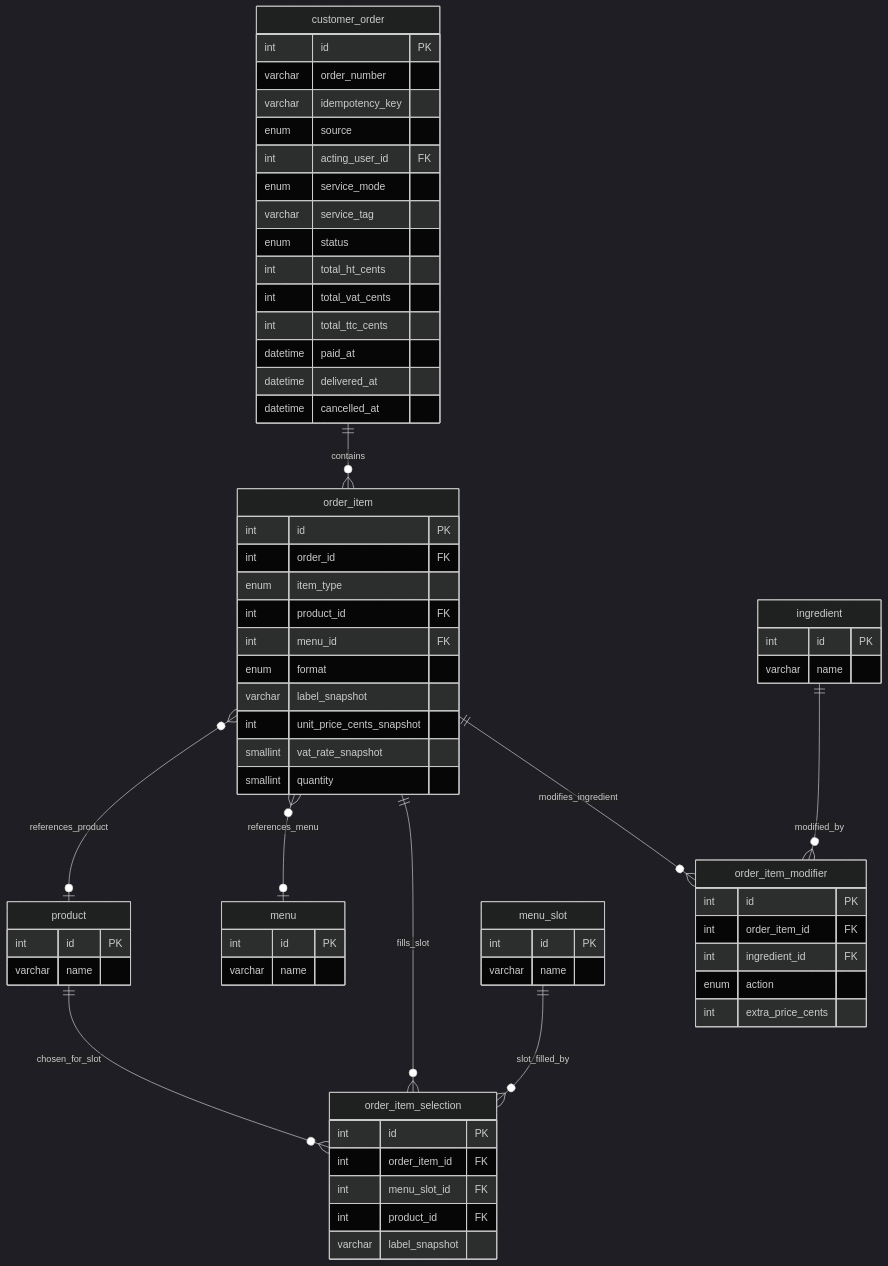
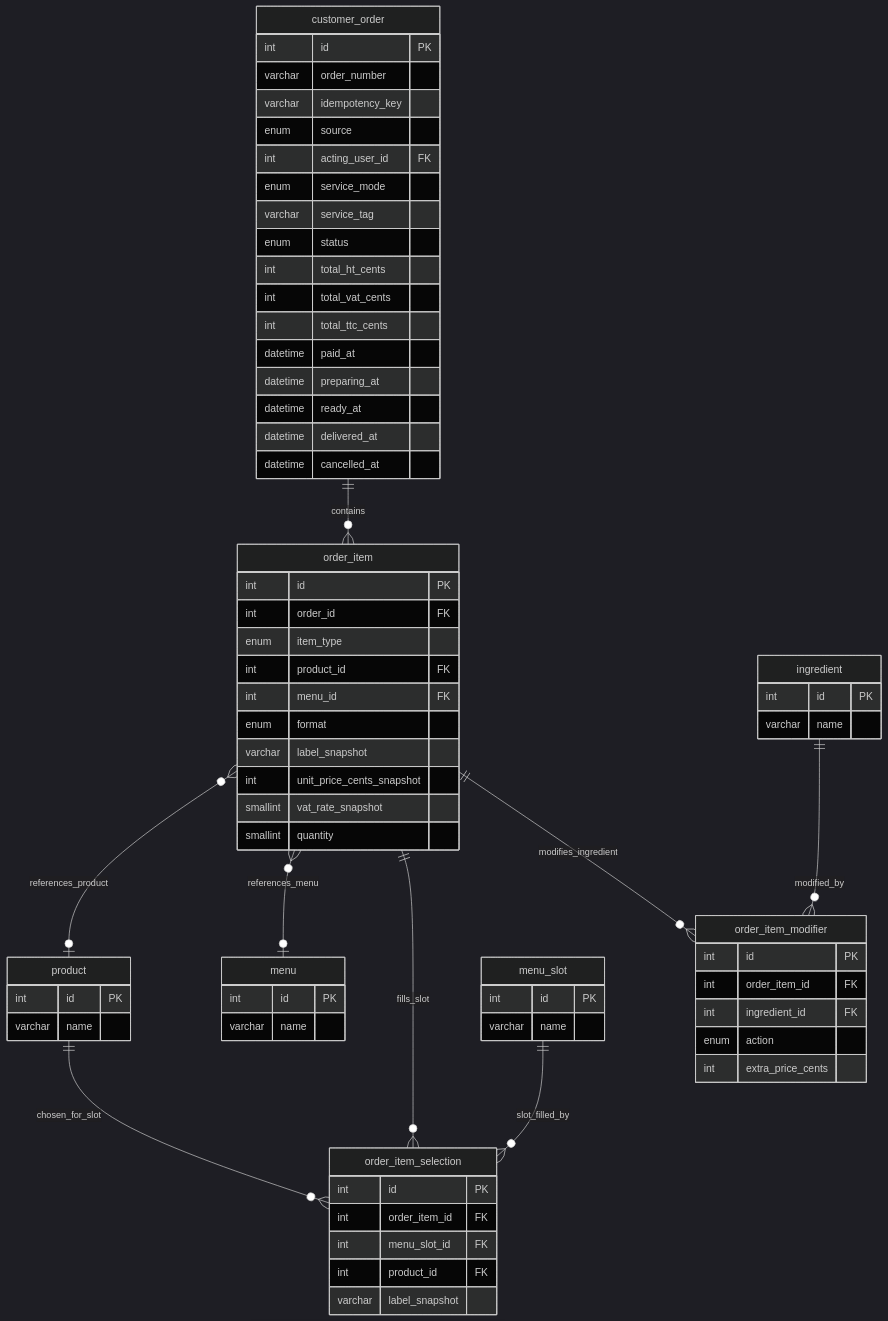
One commit to AcadeNice/wakdo_corentin changed the third of 4 diagrams in docs/merise/mcd.md. Above: the diagram before and after it, drawn with Mermaid (dark theme). The commit also changed other lines of this file and 7 other files, not shown here.

````diff
--- a/docs/merise/mcd.md
+++ b/docs/merise/mcd.md
@@ -285,70 +285,72 @@
 ```mermaid
 erDiagram
     customer_order {
         int id PK
         varchar order_number
         varchar idempotency_key
         enum source
         int acting_user_id FK
         enum service_mode
         varchar service_tag
         enum status
         int total_ht_cents
         int total_vat_cents
         int total_ttc_cents
         datetime paid_at
+        datetime preparing_at
+        datetime ready_at
         datetime delivered_at
         datetime cancelled_at
     }
     order_item {
         int id PK
         int order_id FK
         enum item_type
         int product_id FK
         int menu_id FK
         enum format
         varchar label_snapshot
         int unit_price_cents_snapshot
         smallint vat_rate_snapshot
         smallint quantity
     }
     order_item_selection {
         int id PK
         int order_item_id FK
         int menu_slot_id FK
         int product_id FK
         varchar label_snapshot
     }
     order_item_modifier {
         int id PK
         int order_item_id FK
         int ingredient_id FK
         enum action
         int extra_price_cents
     }
     product {
         int id PK
         varchar name
     }
     menu {
         int id PK
         varchar name
     }
     menu_slot {
         int id PK
         varchar name
     }
     ingredient {
         int id PK
         varchar name
     }
 
     customer_order ||--o{ order_item : "contains"
     order_item }o--o| product : "references_product"
     order_item }o--o| menu : "references_menu"
     order_item ||--o{ order_item_selection : "fills_slot"
     order_item ||--o{ order_item_modifier : "modifies_ingredient"
     menu_slot ||--o{ order_item_selection : "slot_filled_by"
     product ||--o{ order_item_selection : "chosen_for_slot"
     ingredient ||--o{ order_item_modifier : "modified_by"
 ```
````
